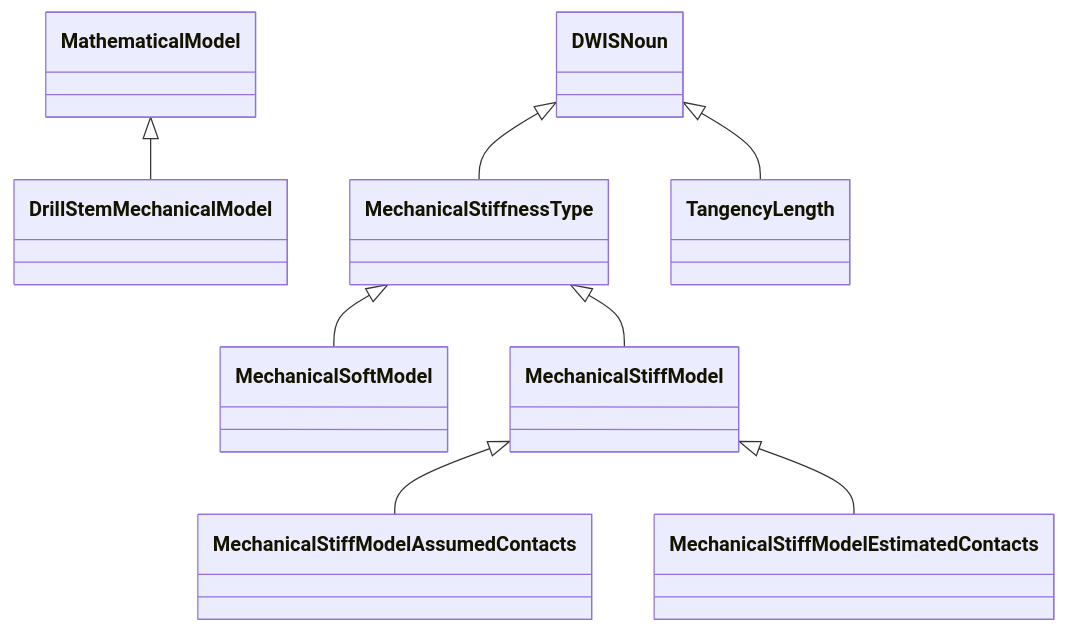
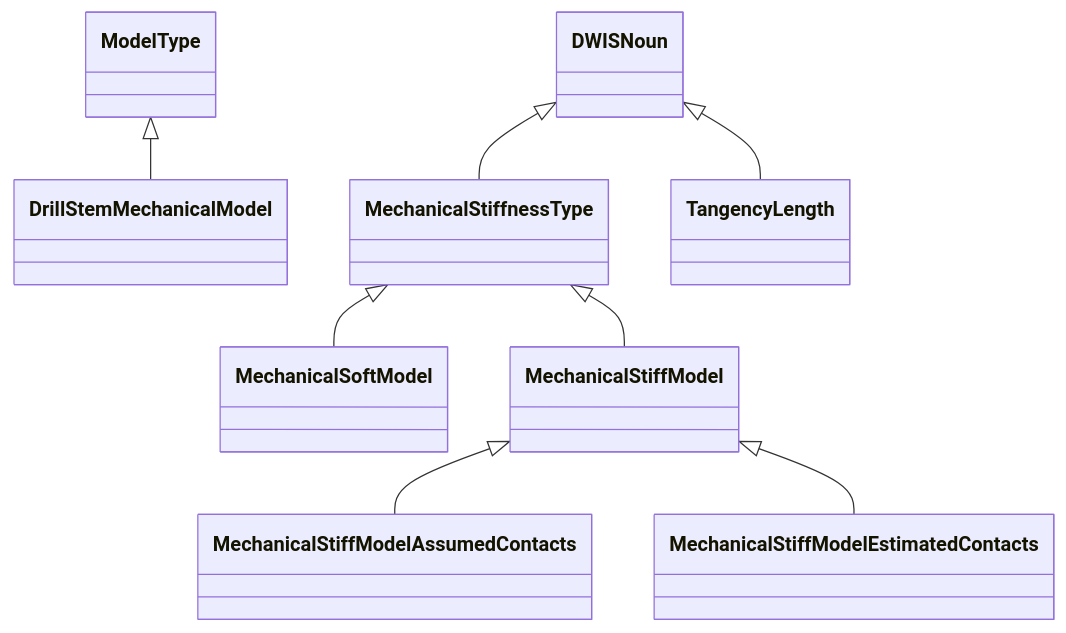
Before and after one commit to D-WIS/DDHub-Semantic-Interoperability: the first of 3 diagrams in docs/vocabulary_development/auto-generated/md/definition-files/MechanicalModel.md, drawn with Mermaid. The commit also changed other lines of this file and 6 other files, not shown here.

````diff
--- a/docs/vocabulary_development/auto-generated/md/definition-files/MechanicalModel.md
+++ b/docs/vocabulary_development/auto-generated/md/definition-files/MechanicalModel.md
@@ -8,10 +8,10 @@
 ```mermaid
 classDiagram
-MathematicalModel <|-- DrillStemMechanicalModel
+ModelType <|-- DrillStemMechanicalModel
 DWISNoun <|-- MechanicalStiffnessType
 MechanicalStiffnessType <|-- MechanicalSoftModel
 MechanicalStiffnessType <|-- MechanicalStiffModel
 MechanicalStiffModel <|-- MechanicalStiffModelAssumedContacts
 MechanicalStiffModel <|-- MechanicalStiffModelEstimatedContacts
 DWISNoun <|-- TangencyLength
 ```
````
